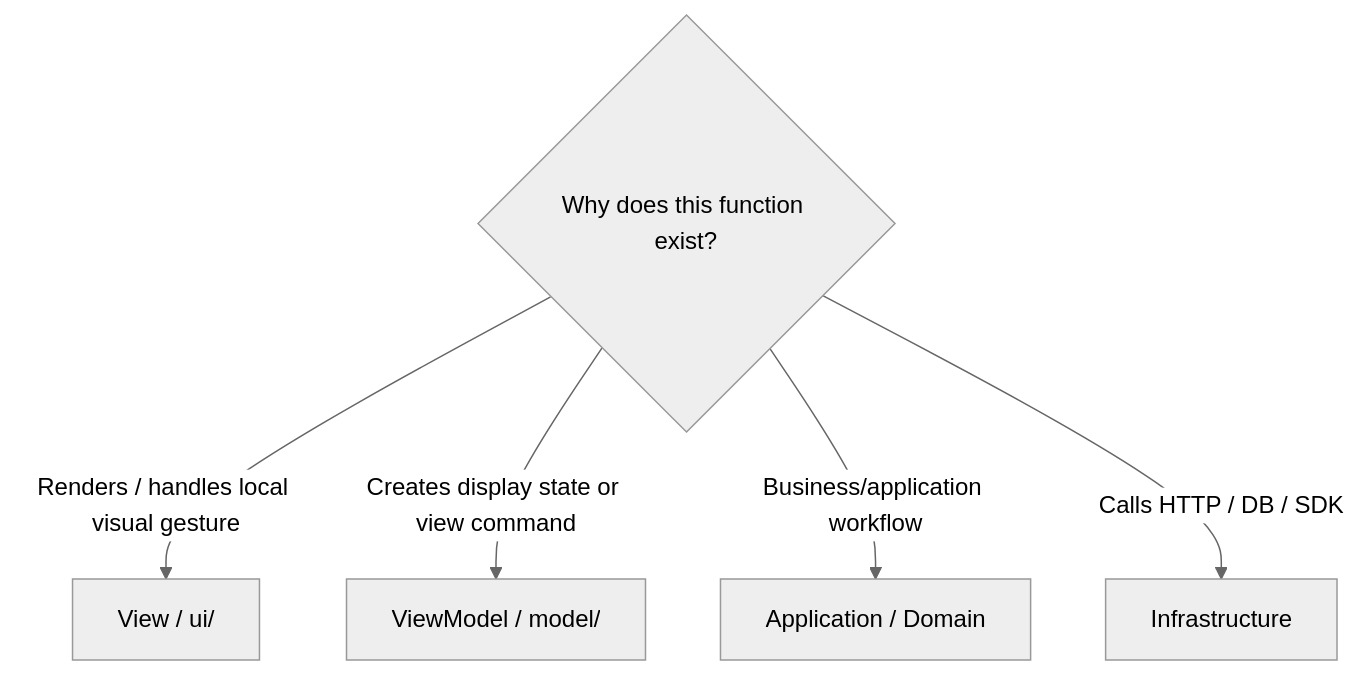
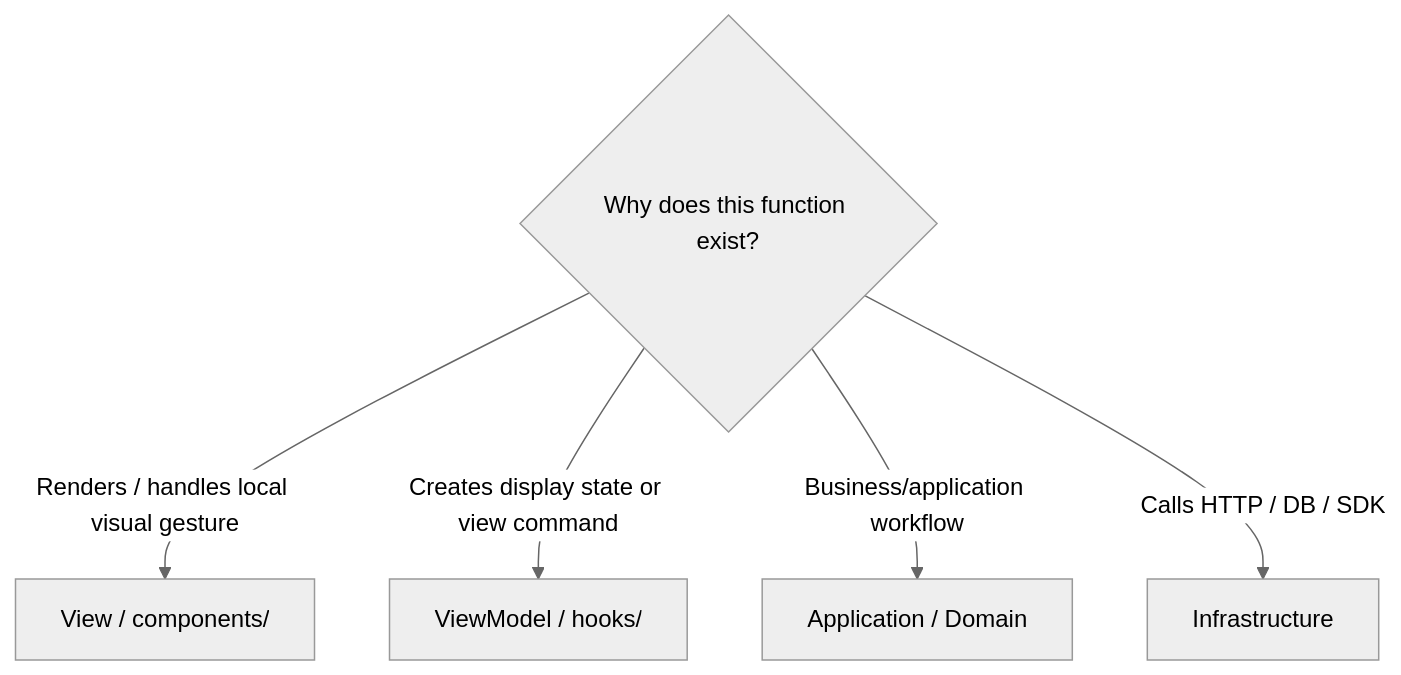
One commit to AndresTaoFlorez/software-architecture changed the fourth of 5 diagrams in model-view-viewmodel/README.md. Above: the diagram before and after it, drawn with Mermaid (neutral theme). The commit also changed other lines of this file and 43 other files, not shown here.

````diff
--- a/model-view-viewmodel/README.md
+++ b/model-view-viewmodel/README.md
@@ -160,8 +142,8 @@
 ```mermaid
 flowchart TD
     Q{"Why does this function exist?"}
-    Q -->|"Renders / handles local visual gesture"| V["View / ui/"]
-    Q -->|"Creates display state or view command"| VM["ViewModel / model/"]
+    Q -->|"Renders / handles local visual gesture"| V["View / components/"]
+    Q -->|"Creates display state or view command"| VM["ViewModel / hooks/"]
     Q -->|"Business/application workflow"| APP["Application / Domain"]
     Q -->|"Calls HTTP / DB / SDK"| I["Infrastructure"]
 ```
````
